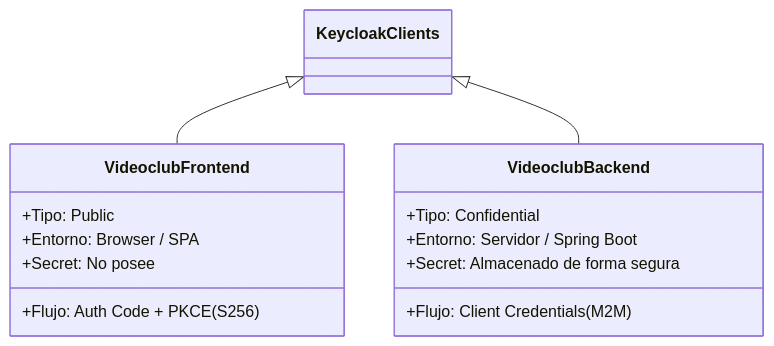
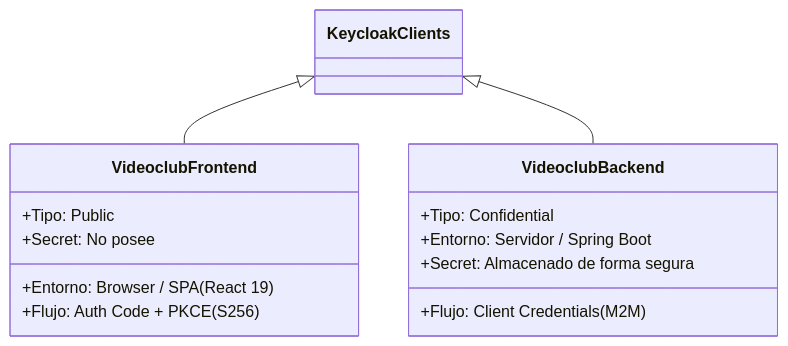
The second of 8 diagrams in docs/seguridad-oauth2-openid-connect-keycloak.md (hmunoz/springboot-sso), drawn with Mermaid before and after one commit. The commit also changed other lines of this file, not shown here.

````diff
--- a/docs/seguridad-oauth2-openid-connect-keycloak.md
+++ b/docs/seguridad-oauth2-openid-connect-keycloak.md
@@ -65,19 +65,19 @@
 ```mermaid
 classDiagram
     class KeycloakClients {
     }
     class VideoclubFrontend {
         +Tipo: Public
-        +Entorno: Browser / SPA
+        +Entorno: Browser / SPA (React 19)
         +Secret: No posee
         +Flujo: Auth Code + PKCE (S256)
     }
     class VideoclubBackend {
         +Tipo: Confidential
         +Entorno: Servidor / Spring Boot
         +Secret: Almacenado de forma segura
         +Flujo: Client Credentials (M2M)
     }
     KeycloakClients <|-- VideoclubFrontend
     KeycloakClients <|-- VideoclubBackend
 ```
````
